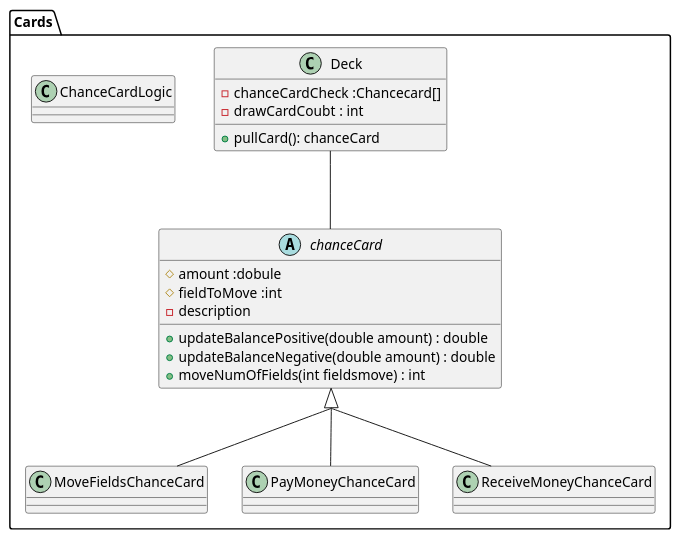
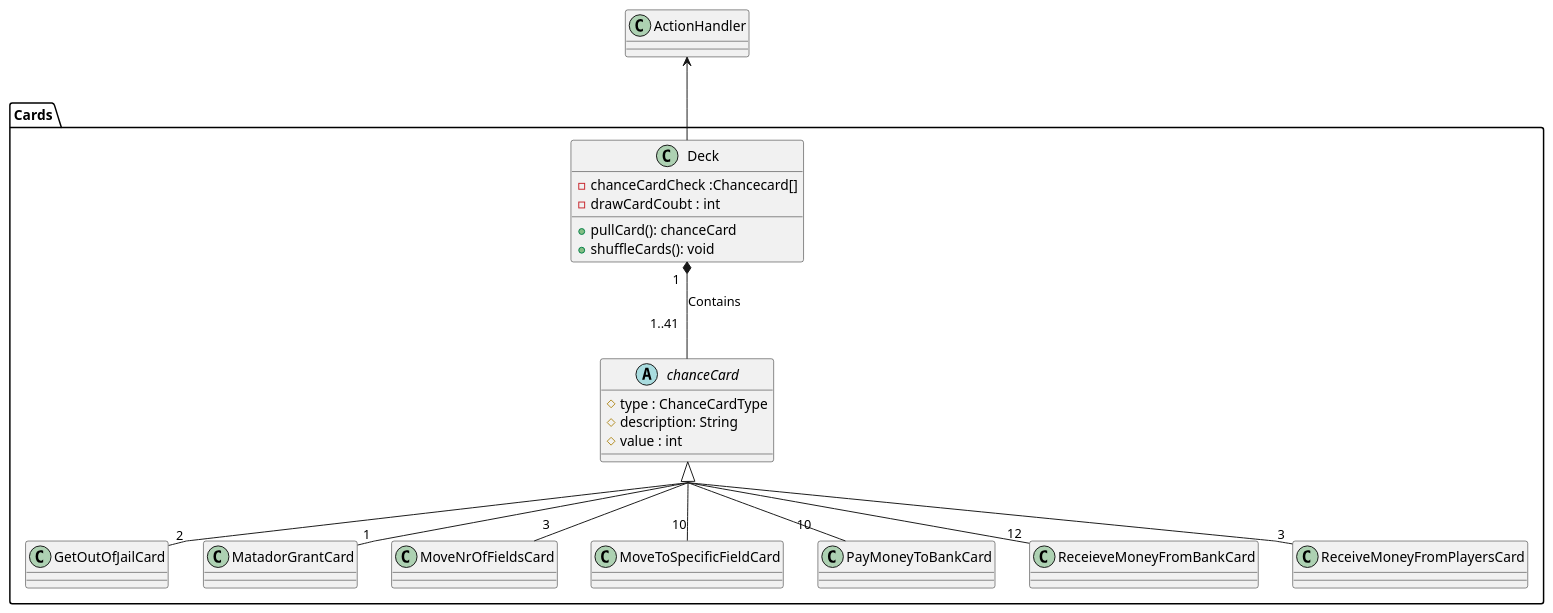
One commit to Greve2001/CDIO-final changed the diagram in diagrams/Cards_Package_Class_Diagram.puml. Above: the diagram before and after it, drawn with PlantUML.

```diff
--- a/diagrams/Cards_Package_Class_Diagram.puml
+++ b/diagrams/Cards_Package_Class_Diagram.puml
@@ -1,43 +1,58 @@
 @startuml
 'https://plantuml.com/class-diagram
 
 skinparam groupInheritance 2
 
+
+
 skinparam linetype polyline
 package Cards
 {
    abstract class chanceCard{
-       #amount :dobule
-       #fieldToMove :int
-       -description
-
-       +updateBalancePositive(double amount) : double
-       +updateBalanceNegative(double amount) : double
-       +moveNumOfFields(int fieldsmove) : int
+       #type : ChanceCardType
+       #description: String
+       #value : int
    }
    class Deck{
       -chanceCardCheck :Chancecard[]
       -drawCardCoubt : int
 
       +pullCard(): chanceCard
+      +shuffleCards(): void
    }
-   class ChanceCardLogic{
+   class GetOutOfJailCard{
    }
-   class MoveFieldsChanceCard{
+   class MatadorGrantCard{
+   }
+   class MoveNrOfFieldsCard{
+   }
+   class MoveToSpecificFieldCard{
+   }
+   class PayMoneyToBankCard{
+   }
+   class ReceieveMoneyFromBankCard{
+   }
+   class ReceiveMoneyFromPlayersCard{
+   }
 
-   }
-   class PayMoneyChanceCard{
 
-   }
-   class ReceiveMoneyChanceCard{
-
-   }
 }
 
-Deck -- chanceCard
-chanceCard <|-- MoveFieldsChanceCard
-chanceCard <|-- PayMoneyChanceCard
-chanceCard <|-- ReceiveMoneyChanceCard
+Deck "1  " *-- "1..41  " chanceCard: Contains \t
+
+ActionHandler <-- Deck
+
+
+chanceCard <|-- "2" GetOutOfJailCard
+chanceCard <|-- "1    " MatadorGrantCard
+chanceCard <|-- "3" MoveNrOfFieldsCard
+chanceCard <|-- "10" MoveToSpecificFieldCard
+chanceCard <|-- "        10     " PayMoneyToBankCard
+chanceCard <|-- "12" ReceieveMoneyFromBankCard
+chanceCard <|-- "3" ReceiveMoneyFromPlayersCard
+
+
+
 
 
 @enduml
```
